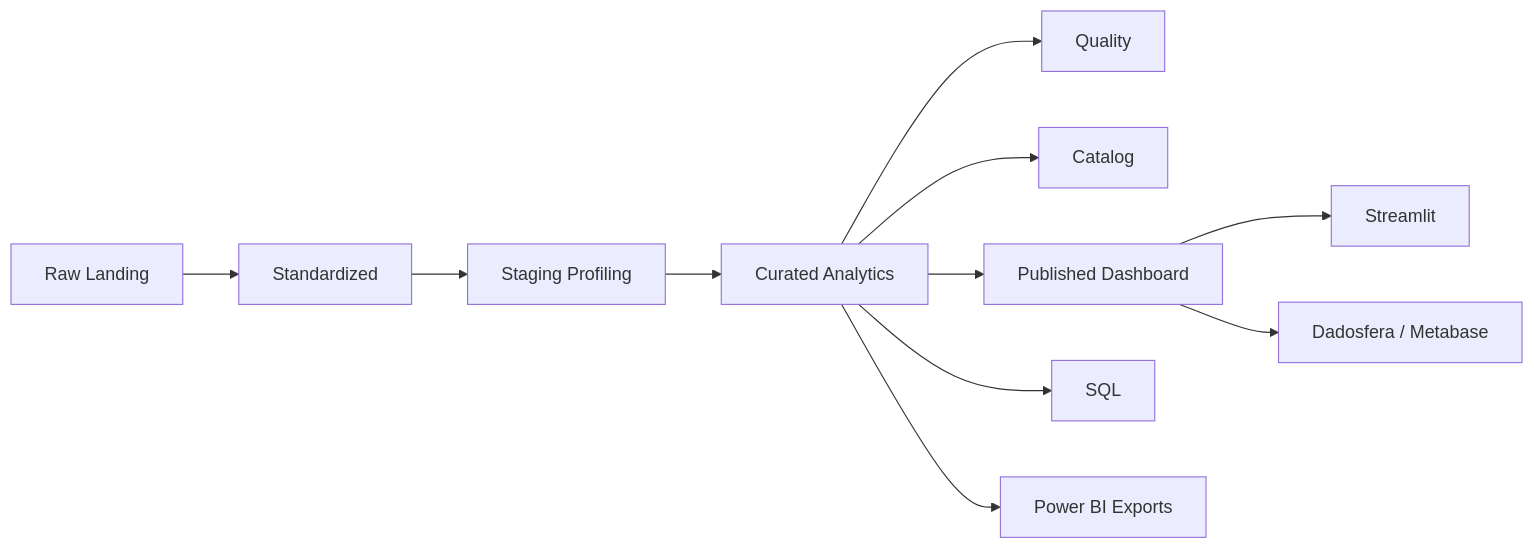
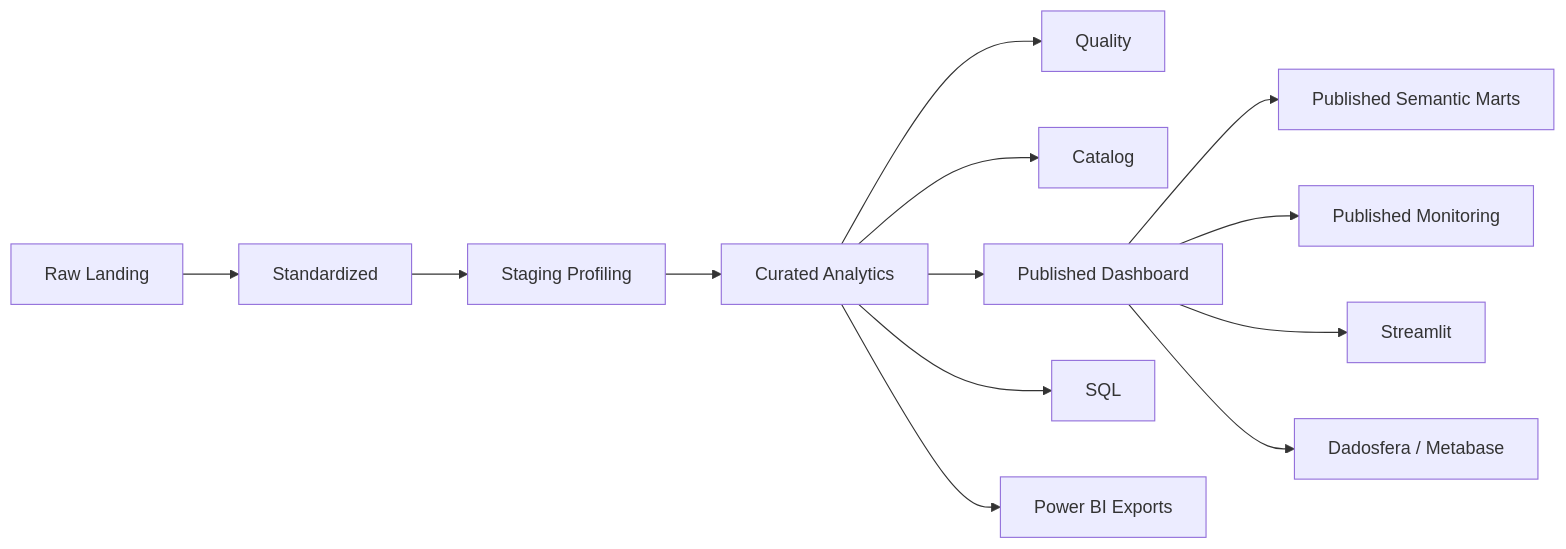
The first of 2 diagrams in docs/architecture.md (samuelmaia-analytics/Governed-Analytics-Platform), drawn with Mermaid before and after one commit. The commit also changed other lines of this file and 39 other files, not shown here.

````diff
--- a/docs/architecture.md
+++ b/docs/architecture.md
@@ -27,13 +27,15 @@
 ```mermaid
 flowchart LR
     A[Raw Landing] --> B[Standardized]
     B --> C[Staging Profiling]
     C --> D[Curated Analytics]
     D --> E[Quality]
     D --> F[Catalog]
     D --> G[Published Dashboard]
+    G --> G2[Published Semantic Marts]
+    G --> G3[Published Monitoring]
     D --> H[SQL]
     D --> I[Power BI Exports]
     G --> J[Streamlit]
     G --> K[Dadosfera / Metabase]
 ```
````
